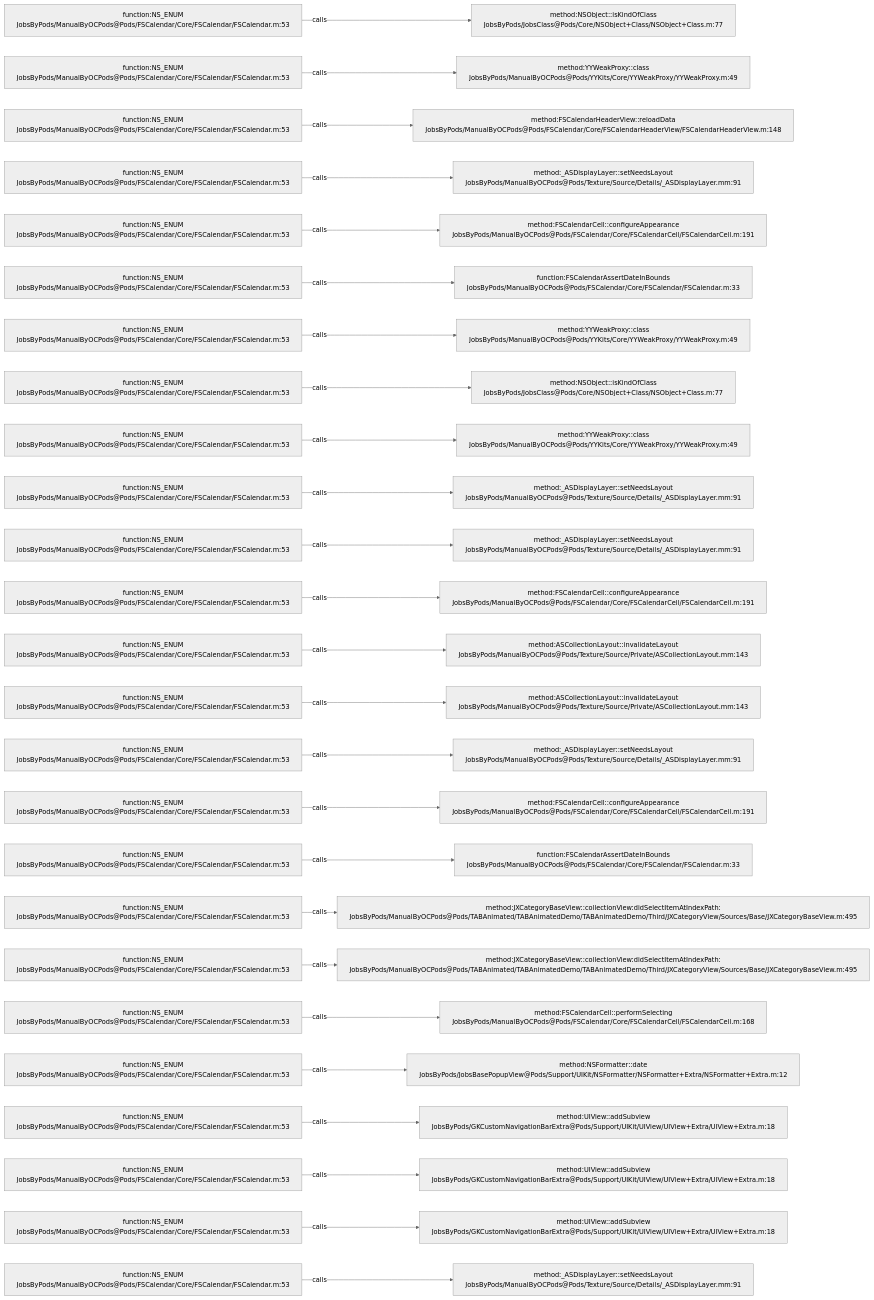
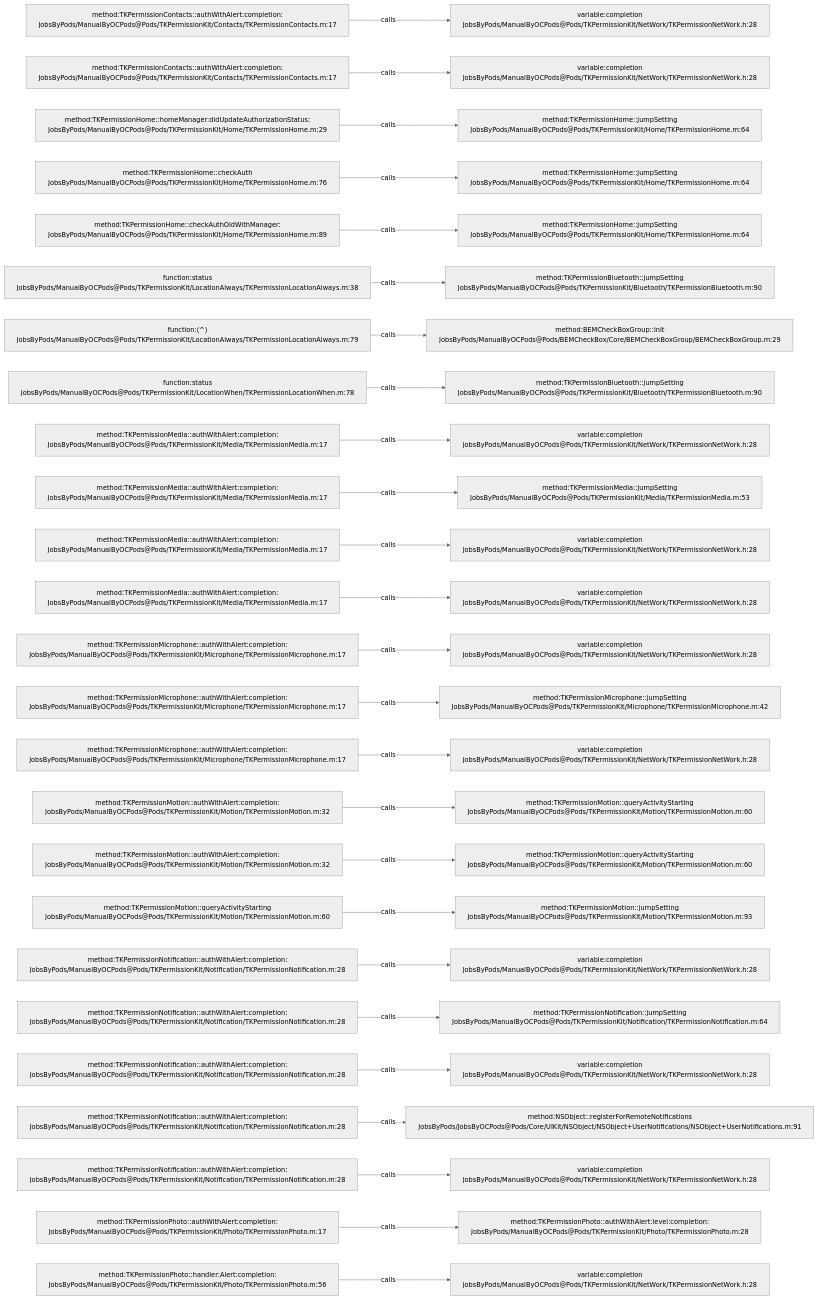
Before and after one commit to JobsKits/JobsOCBaseConfigDemo: the diagram in .codegraph/codegraph.md/graphs/calls-178.md, drawn with Mermaid (neutral theme). The commit also changed 573 other files, not shown here.

````diff
--- a/.codegraph/codegraph.md/graphs/calls-178.md
+++ b/.codegraph/codegraph.md/graphs/calls-178.md
@@ -13,78 +13,78 @@
 ```mermaid
 flowchart LR
-  S1["function:NS_ENUM<br/>JobsByPods/ManualByOCPods@Pods/FSCalendar/Core/FSCalendar/FSCalendar.m:53"]
-  T1["method:NSObject::isKindOfClass<br/>JobsByPods/JobsClass@Pods/Core/NSObject+Class/NSObject+Class.m:77"]
+  S1["method:TKPermissionContacts::authWithAlert:completion:<br/>JobsByPods/ManualByOCPods@Pods/TKPermissionKit/Contacts/TKPermissionContacts.m:17"]
+  T1["variable:completion<br/>JobsByPods/ManualByOCPods@Pods/TKPermissionKit/NetWork/TKPermissionNetWork.h:28"]
   S1 -->|calls| T1
-  S2["function:NS_ENUM<br/>JobsByPods/ManualByOCPods@Pods/FSCalendar/Core/FSCalendar/FSCalendar.m:53"]
-  T2["method:YYWeakProxy::class<br/>JobsByPods/ManualByOCPods@Pods/YYKits/Core/YYWeakProxy/YYWeakProxy.m:49"]
+  S2["method:TKPermissionContacts::authWithAlert:completion:<br/>JobsByPods/ManualByOCPods@Pods/TKPermissionKit/Contacts/TKPermissionContacts.m:17"]
+  T2["variable:completion<br/>JobsByPods/ManualByOCPods@Pods/TKPermissionKit/NetWork/TKPermissionNetWork.h:28"]
   S2 -->|calls| T2
-  S3["function:NS_ENUM<br/>JobsByPods/ManualByOCPods@Pods/FSCalendar/Core/FSCalendar/FSCalendar.m:53"]
-  T3["method:FSCalendarHeaderView::reloadData<br/>JobsByPods/ManualByOCPods@Pods/FSCalendar/Core/FSCalendarHeaderView/FSCalendarHeaderView.m:148"]
+  S3["method:TKPermissionHome::homeManager:didUpdateAuthorizationStatus:<br/>JobsByPods/ManualByOCPods@Pods/TKPermissionKit/Home/TKPermissionHome.m:29"]
+  T3["method:TKPermissionHome::jumpSetting<br/>JobsByPods/ManualByOCPods@Pods/TKPermissionKit/Home/TKPermissionHome.m:64"]
   S3 -->|calls| T3
-  S4["function:NS_ENUM<br/>JobsByPods/ManualByOCPods@Pods/FSCalendar/Core/FSCalendar/FSCalendar.m:53"]
-  T4["method:_ASDisplayLayer::setNeedsLayout<br/>JobsByPods/ManualByOCPods@Pods/Texture/Source/Details/_ASDisplayLayer.mm:91"]
+  S4["method:TKPermissionHome::checkAuth<br/>JobsByPods/ManualByOCPods@Pods/TKPermissionKit/Home/TKPermissionHome.m:76"]
+  T4["method:TKPermissionHome::jumpSetting<br/>JobsByPods/ManualByOCPods@Pods/TKPermissionKit/Home/TKPermissionHome.m:64"]
   S4 -->|calls| T4
-  S5["function:NS_ENUM<br/>JobsByPods/ManualByOCPods@Pods/FSCalendar/Core/FSCalendar/FSCalendar.m:53"]
-  T5["method:FSCalendarCell::configureAppearance<br/>JobsByPods/ManualByOCPods@Pods/FSCalendar/Core/FSCalendarCell/FSCalendarCell.m:191"]
+  S5["method:TKPermissionHome::checkAuthOldWithManager:<br/>JobsByPods/ManualByOCPods@Pods/TKPermissionKit/Home/TKPermissionHome.m:89"]
+  T5["method:TKPermissionHome::jumpSetting<br/>JobsByPods/ManualByOCPods@Pods/TKPermissionKit/Home/TKPermissionHome.m:64"]
   S5 -->|calls| T5
-  S6["function:NS_ENUM<br/>JobsByPods/ManualByOCPods@Pods/FSCalendar/Core/FSCalendar/FSCalendar.m:53"]
-  T6["function:FSCalendarAssertDateInBounds<br/>JobsByPods/ManualByOCPods@Pods/FSCalendar/Core/FSCalendar/FSCalendar.m:33"]
+  S6["function:status<br/>JobsByPods/ManualByOCPods@Pods/TKPermissionKit/LocationAlways/TKPermissionLocationAlways.m:38"]
+  T6["method:TKPermissionBluetooth::jumpSetting<br/>JobsByPods/ManualByOCPods@Pods/TKPermissionKit/Bluetooth/TKPermissionBluetooth.m:90"]
   S6 -->|calls| T6
-  S7["function:NS_ENUM<br/>JobsByPods/ManualByOCPods@Pods/FSCalendar/Core/FSCalendar/FSCalendar.m:53"]
-  T7["method:YYWeakProxy::class<br/>JobsByPods/ManualByOCPods@Pods/YYKits/Core/YYWeakProxy/YYWeakProxy.m:49"]
+  S7["function:(^)<br/>JobsByPods/ManualByOCPods@Pods/TKPermissionKit/LocationAlways/TKPermissionLocationAlways.m:79"]
+  T7["method:BEMCheckBoxGroup::init<br/>JobsByPods/ManualByOCPods@Pods/BEMCheckBox/Core/BEMCheckBoxGroup/BEMCheckBoxGroup.m:29"]
   S7 -->|calls| T7
-  S8["function:NS_ENUM<br/>JobsByPods/ManualByOCPods@Pods/FSCalendar/Core/FSCalendar/FSCalendar.m:53"]
-  T8["method:NSObject::isKindOfClass<br/>JobsByPods/JobsClass@Pods/Core/NSObject+Class/NSObject+Class.m:77"]
+  S8["function:status<br/>JobsByPods/ManualByOCPods@Pods/TKPermissionKit/LocationWhen/TKPermissionLocationWhen.m:78"]
+  T8["method:TKPermissionBluetooth::jumpSetting<br/>JobsByPods/ManualByOCPods@Pods/TKPermissionKit/Bluetooth/TKPermissionBluetooth.m:90"]
   S8 -->|calls| T8
-  S9["function:NS_ENUM<br/>JobsByPods/ManualByOCPods@Pods/FSCalendar/Core/FSCalendar/FSCalendar.m:53"]
-  T9["method:YYWeakProxy::class<br/>JobsByPods/ManualByOCPods@Pods/YYKits/Core/YYWeakProxy/YYWeakProxy.m:49"]
+  S9["method:TKPermissionMedia::authWithAlert:completion:<br/>JobsByPods/ManualByOCPods@Pods/TKPermissionKit/Media/TKPermissionMedia.m:17"]
+  T9["variable:completion<br/>JobsByPods/ManualByOCPods@Pods/TKPermissionKit/NetWork/TKPermissionNetWork.h:28"]
   S9 -->|calls| T9
-  S10["function:NS_ENUM<br/>JobsByPods/ManualByOCPods@Pods/FSCalendar/Core/FSCalendar/FSCalendar.m:53"]
-  T10["method:_ASDisplayLayer::setNeedsLayout<br/>JobsByPods/ManualByOCPods@Pods/Texture/Source/Details/_ASDisplayLayer.mm:91"]
+  S10["method:TKPermissionMedia::authWithAlert:completion:<br/>JobsByPods/ManualByOCPods@Pods/TKPermissionKit/Media/TKPermissionMedia.m:17"]
+  T10["method:TKPermissionMedia::jumpSetting<br/>JobsByPods/ManualByOCPods@Pods/TKPermissionKit/Media/TKPermissionMedia.m:53"]
   S10 -->|calls| T10
-  S11["function:NS_ENUM<br/>JobsByPods/ManualByOCPods@Pods/FSCalendar/Core/FSCalendar/FSCalendar.m:53"]
-  T11["method:_ASDisplayLayer::setNeedsLayout<br/>JobsByPods/ManualByOCPods@Pods/Texture/Source/Details/_ASDisplayLayer.mm:91"]
+  S11["method:TKPermissionMedia::authWithAlert:completion:<br/>JobsByPods/ManualByOCPods@Pods/TKPermissionKit/Media/TKPermissionMedia.m:17"]
+  T11["variable:completion<br/>JobsByPods/ManualByOCPods@Pods/TKPermissionKit/NetWork/TKPermissionNetWork.h:28"]
   S11 -->|calls| T11
-  S12["function:NS_ENUM<br/>JobsByPods/ManualByOCPods@Pods/FSCalendar/Core/FSCalendar/FSCalendar.m:53"]
-  T12["method:FSCalendarCell::configureAppearance<br/>JobsByPods/ManualByOCPods@Pods/FSCalendar/Core/FSCalendarCell/FSCalendarCell.m:191"]
+  S12["method:TKPermissionMedia::authWithAlert:completion:<br/>JobsByPods/ManualByOCPods@Pods/TKPermissionKit/Media/TKPermissionMedia.m:17"]
+  T12["variable:completion<br/>JobsByPods/ManualByOCPods@Pods/TKPermissionKit/NetWork/TKPermissionNetWork.h:28"]
   S12 -->|calls| T12
-  S13["function:NS_ENUM<br/>JobsByPods/ManualByOCPods@Pods/FSCalendar/Core/FSCalendar/FSCalendar.m:53"]
-  T13["method:ASCollectionLayout::invalidateLayout<br/>JobsByPods/ManualByOCPods@Pods/Texture/Source/Private/ASCollectionLayout.mm:143"]
+  S13["method:TKPermissionMicrophone::authWithAlert:completion:<br/>JobsByPods/ManualByOCPods@Pods/TKPermissionKit/Microphone/TKPermissionMicrophone.m:17"]
+  T13["variable:completion<br/>JobsByPods/ManualByOCPods@Pods/TKPermissionKit/NetWork/TKPermissionNetWork.h:28"]
   S13 -->|calls| T13
-  S14["function:NS_ENUM<br/>JobsByPods/ManualByOCPods@Pods/FSCalendar/Core/FSCalendar/FSCalendar.m:53"]
-  T14["method:ASCollectionLayout::invalidateLayout<br/>JobsByPods/ManualByOCPods@Pods/Texture/Source/Private/ASCollectionLayout.mm:143"]
+  S14["method:TKPermissionMicrophone::authWithAlert:completion:<br/>JobsByPods/ManualByOCPods@Pods/TKPermissionKit/Microphone/TKPermissionMicrophone.m:17"]
+  T14["method:TKPermissionMicrophone::jumpSetting<br/>JobsByPods/ManualByOCPods@Pods/TKPermissionKit/Microphone/TKPermissionMicrophone.m:42"]
   S14 -->|calls| T14
-  S15["function:NS_ENUM<br/>JobsByPods/ManualByOCPods@Pods/FSCalendar/Core/FSCalendar/FSCalendar.m:53"]
-  T15["method:_ASDisplayLayer::setNeedsLayout<br/>JobsByPods/ManualByOCPods@Pods/Texture/Source/Details/_ASDisplayLayer.mm:91"]
+  S15["method:TKPermissionMicrophone::authWithAlert:completion:<br/>JobsByPods/ManualByOCPods@Pods/TKPermissionKit/Microphone/TKPermissionMicrophone.m:17"]
+  T15["variable:completion<br/>JobsByPods/ManualByOCPods@Pods/TKPermissionKit/NetWork/TKPermissionNetWork.h:28"]
   S15 -->|calls| T15
-  S16["function:NS_ENUM<br/>JobsByPods/ManualByOCPods@Pods/FSCalendar/Core/FSCalendar/FSCalendar.m:53"]
-  T16["method:FSCalendarCell::configureAppearance<br/>JobsByPods/ManualByOCPods@Pods/FSCalendar/Core/FSCalendarCell/FSCalendarCell.m:191"]
+  S16["method:TKPermissionMotion::authWithAlert:completion:<br/>JobsByPods/ManualByOCPods@Pods/TKPermissionKit/Motion/TKPermissionMotion.m:32"]
+  T16["method:TKPermissionMotion::queryActivityStarting<br/>JobsByPods/ManualByOCPods@Pods/TKPermissionKit/Motion/TKPermissionMotion.m:60"]
   S16 -->|calls| T16
-  S17["function:NS_ENUM<br/>JobsByPods/ManualByOCPods@Pods/FSCalendar/Core/FSCalendar/FSCalendar.m:53"]
-  T17["function:FSCalendarAssertDateInBounds<br/>JobsByPods/ManualByOCPods@Pods/FSCalendar/Core/FSCalendar/FSCalendar.m:33"]
+  S17["method:TKPermissionMotion::authWithAlert:completion:<br/>JobsByPods/ManualByOCPods@Pods/TKPermissionKit/Motion/TKPermissionMotion.m:32"]
+  T17["method:TKPermissionMotion::queryActivityStarting<br/>JobsByPods/ManualByOCPods@Pods/TKPermissionKit/Motion/TKPermissionMotion.m:60"]
   S17 -->|calls| T17
-  S18["function:NS_ENUM<br/>JobsByPods/ManualByOCPods@Pods/FSCalendar/Core/FSCalendar/FSCalendar.m:53"]
-  T18["method:JXCategoryBaseView::collectionView:didSelectItemAtIndexPath:<br/>JobsByPods/ManualByOCPods@Pods/TABAnimated/TABAnimatedDemo/TABAnimatedDemo/Third/JXCategoryView/Sources/Base/JXCategoryBaseView.m:495"]
+  S18["method:TKPermissionMotion::queryActivityStarting<br/>JobsByPods/ManualByOCPods@Pods/TKPermissionKit/Motion/TKPermissionMotion.m:60"]
+  T18["method:TKPermissionMotion::jumpSetting<br/>JobsByPods/ManualByOCPods@Pods/TKPermissionKit/Motion/TKPermissionMotion.m:93"]
   S18 -->|calls| T18
-  S19["function:NS_ENUM<br/>JobsByPods/ManualByOCPods@Pods/FSCalendar/Core/FSCalendar/FSCalendar.m:53"]
-  T19["method:JXCategoryBaseView::collectionView:didSelectItemAtIndexPath:<br/>JobsByPods/ManualByOCPods@Pods/TABAnimated/TABAnimatedDemo/TABAnimatedDemo/Third/JXCategoryView/Sources/Base/JXCategoryBaseView.m:495"]
+  S19["method:TKPermissionNotification::authWithAlert:completion:<br/>JobsByPods/ManualByOCPods@Pods/TKPermissionKit/Notification/TKPermissionNotification.m:28"]
+  T19["variable:completion<br/>JobsByPods/ManualByOCPods@Pods/TKPermissionKit/NetWork/TKPermissionNetWork.h:28"]
   S19 -->|calls| T19
-  S20["function:NS_ENUM<br/>JobsByPods/ManualByOCPods@Pods/FSCalendar/Core/FSCalendar/FSCalendar.m:53"]
-  T20["method:FSCalendarCell::performSelecting<br/>JobsByPods/ManualByOCPods@Pods/FSCalendar/Core/FSCalendarCell/FSCalendarCell.m:168"]
+  S20["method:TKPermissionNotification::authWithAlert:completion:<br/>JobsByPods/ManualByOCPods@Pods/TKPermissionKit/Notification/TKPermissionNotification.m:28"]
+  T20["method:TKPermissionNotification::jumpSetting<br/>JobsByPods/ManualByOCPods@Pods/TKPermissionKit/Notification/TKPermissionNotification.m:64"]
   S20 -->|calls| T20
-  S21["function:NS_ENUM<br/>JobsByPods/ManualByOCPods@Pods/FSCalendar/Core/FSCalendar/FSCalendar.m:53"]
-  T21["method:NSFormatter::date<br/>JobsByPods/JobsBasePopupView@Pods/Support/UIKit/NSFormatter/NSFormatter+Extra/NSFormatter+Extra.m:12"]
+  S21["method:TKPermissionNotification::authWithAlert:completion:<br/>JobsByPods/ManualByOCPods@Pods/TKPermissionKit/Notification/TKPermissionNotification.m:28"]
+  T21["variable:completion<br/>JobsByPods/ManualByOCPods@Pods/TKPermissionKit/NetWork/TKPermissionNetWork.h:28"]
   S21 -->|calls| T21
-  S22["function:NS_ENUM<br/>JobsByPods/ManualByOCPods@Pods/FSCalendar/Core/FSCalendar/FSCalendar.m:53"]
-  T22["method:UIView::addSubview<br/>JobsByPods/GKCustomNavigationBarExtra@Pods/Support/UIKit/UIView/UIView+Extra/UIView+Extra.m:18"]
+  S22["method:TKPermissionNotification::authWithAlert:completion:<br/>JobsByPods/ManualByOCPods@Pods/TKPermissionKit/Notification/TKPermissionNotification.m:28"]
+  T22["method:NSObject::registerForRemoteNotifications<br/>JobsByPods/JobsByOCPods@Pods/Core/UIKit/NSObject/NSObject+UserNotifications/NSObject+UserNotifications.m:91"]
   S22 -->|calls| T22
-  S23["function:NS_ENUM<br/>JobsByPods/ManualByOCPods@Pods/FSCalendar/Core/FSCalendar/FSCalendar.m:53"]
-  T23["method:UIView::addSubview<br/>JobsByPods/GKCustomNavigationBarExtra@Pods/Support/UIKit/UIView/UIView+Extra/UIView+Extra.m:18"]
+  S23["method:TKPermissionNotification::authWithAlert:completion:<br/>JobsByPods/ManualByOCPods@Pods/TKPermissionKit/Notification/TKPermissionNotification.m:28"]
+  T23["variable:completion<br/>JobsByPods/ManualByOCPods@Pods/TKPermissionKit/NetWork/TKPermissionNetWork.h:28"]
   S23 -->|calls| T23
-  S24["function:NS_ENUM<br/>JobsByPods/ManualByOCPods@Pods/FSCalendar/Core/FSCalendar/FSCalendar.m:53"]
-  T24["method:UIView::addSubview<br/>JobsByPods/GKCustomNavigationBarExtra@Pods/Support/UIKit/UIView/UIView+Extra/UIView+Extra.m:18"]
+  S24["method:TKPermissionPhoto::authWithAlert:completion:<br/>JobsByPods/ManualByOCPods@Pods/TKPermissionKit/Photo/TKPermissionPhoto.m:17"]
+  T24["method:TKPermissionPhoto::authWithAlert:level:completion:<br/>JobsByPods/ManualByOCPods@Pods/TKPermissionKit/Photo/TKPermissionPhoto.m:28"]
   S24 -->|calls| T24
-  S25["function:NS_ENUM<br/>JobsByPods/ManualByOCPods@Pods/FSCalendar/Core/FSCalendar/FSCalendar.m:53"]
-  T25["method:_ASDisplayLayer::setNeedsLayout<br/>JobsByPods/ManualByOCPods@Pods/Texture/Source/Details/_ASDisplayLayer.mm:91"]
+  S25["method:TKPermissionPhoto::handler:Alert:completion:<br/>JobsByPods/ManualByOCPods@Pods/TKPermissionKit/Photo/TKPermissionPhoto.m:56"]
+  T25["variable:completion<br/>JobsByPods/ManualByOCPods@Pods/TKPermissionKit/NetWork/TKPermissionNetWork.h:28"]
   S25 -->|calls| T25
 ```
````
